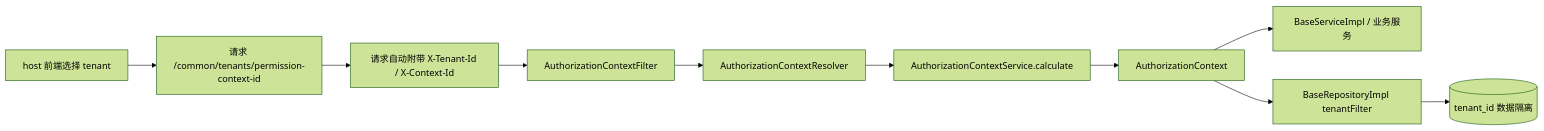
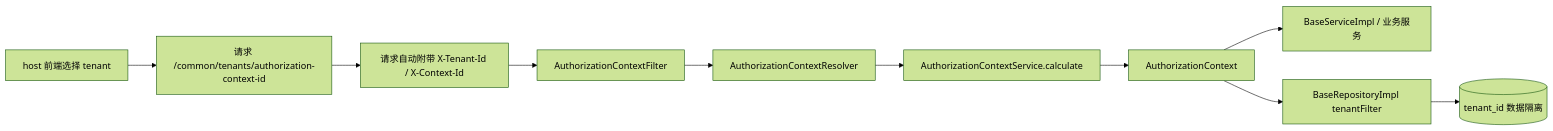
Before and after one commit to simplepoint1024/open-simplepoint-dashboard: the diagram in doc/architecture/multi_tenant_model.md, drawn with Mermaid (forest theme). The commit also changed other lines of this file and 338 other files, not shown here.

````diff
--- a/doc/architecture/multi_tenant_model.md
+++ b/doc/architecture/multi_tenant_model.md
@@ -14,12 +14,12 @@
 ```mermaid
 flowchart LR
-  UI[host 前端选择 tenant] --> CID[请求 /common/tenants/permission-context-id]
+  UI[host 前端选择 tenant] --> CID[请求 /common/tenants/authorization-context-id]
   CID --> REQ[请求自动附带 X-Tenant-Id / X-Context-Id]
   REQ --> FILTER[AuthorizationContextFilter]
   FILTER --> RESOLVER[AuthorizationContextResolver]
   RESOLVER --> RPC[AuthorizationContextService.calculate]
   RPC --> CTX[AuthorizationContext]
   CTX --> SERVICE[BaseServiceImpl / 业务服务]
   CTX --> REPO[BaseRepositoryImpl tenantFilter]
   REPO --> DB[(tenant_id 数据隔离)]
 ```
````
